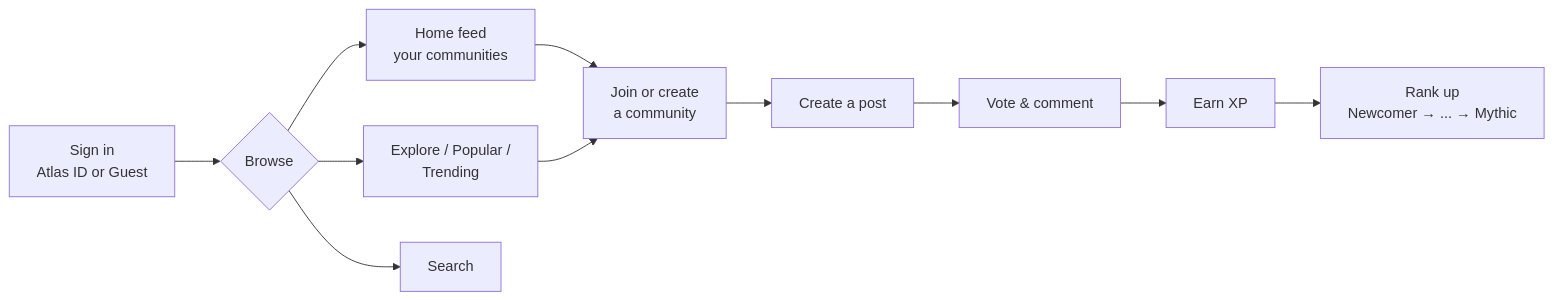
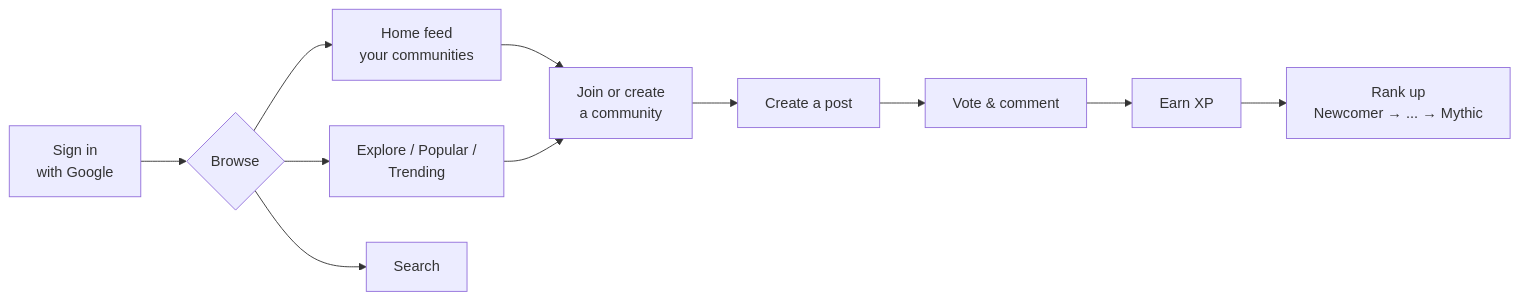
One commit to kashyapkrlucky/connexus changed the second of 3 diagrams in README.md. Above: the diagram before and after it, drawn with Mermaid. The commit also changed other lines of this file and 55 other files, not shown here.

````diff
--- a/README.md
+++ b/README.md
@@ -66,13 +66,13 @@
 ```mermaid
 flowchart LR
-    A["Sign in<br/>Atlas ID or Guest"] --> B{Browse}
+    A["Sign in<br/>with Google"] --> B{Browse}
     B --> C["Home feed<br/>your communities"]
     B --> D["Explore / Popular /<br/>Trending"]
     B --> E["Search"]
     C --> F["Join or create<br/>a community"]
     D --> F
     F --> G["Create a post"]
     G --> H["Vote & comment"]
     H --> I["Earn XP"]
     I --> J["Rank up<br/>Newcomer → ... → Mythic"]
 ```
````
